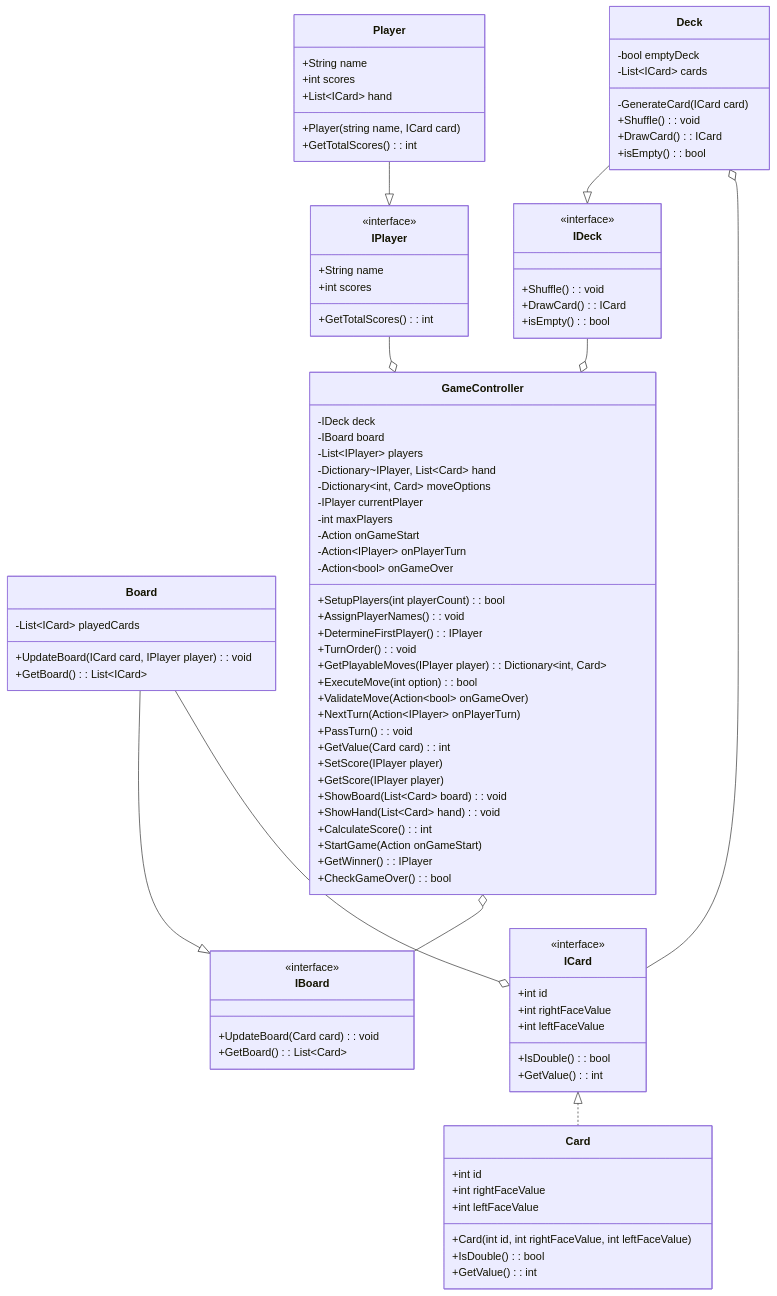
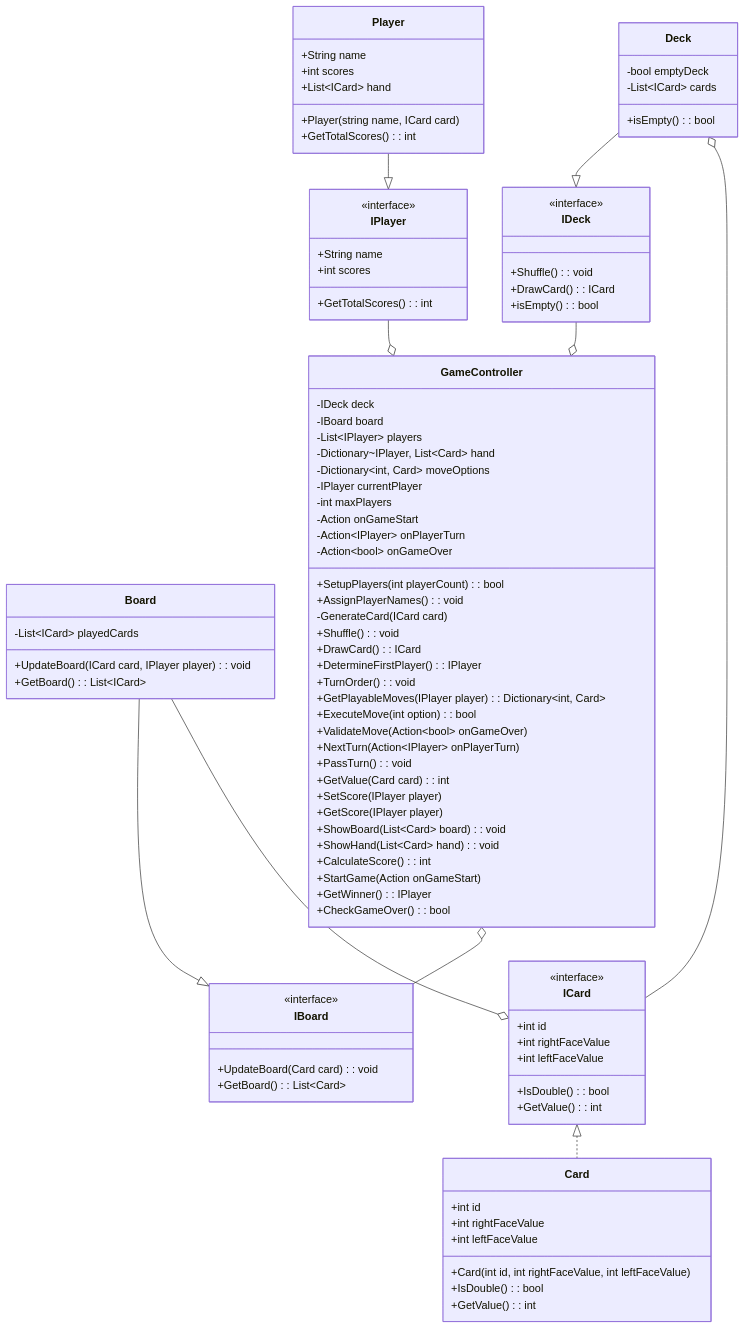
Before and after one commit to RavenFajar/bootCamp13: the diagram in Day6/DiagramClassProject/Domino.mmd, drawn with Mermaid. The commit also changed other lines of this file, not shown here.

```diff
--- a/Day6/DiagramClassProject/Domino.mmd
+++ b/Day6/DiagramClassProject/Domino.mmd
@@ -1,94 +1,94 @@
 classDiagram
 class IPlayer{
     <<interface>>
     +String name
     +int scores
     +GetTotalScores() : int
 }
 class Player{
     +String name
     +int scores
     +List~ICard~ hand
     +Player(string name, ICard card)
     +GetTotalScores() : int
 }
 class ICard{
     <<interface>>
     +int id
     +int rightFaceValue
     +int leftFaceValue 
     +IsDouble() : bool
     +GetValue() : int
 }
 class IDeck{
     <<interface>>
     +Shuffle() : void
     +DrawCard() : ICard
     +isEmpty() : bool
 }
 class IBoard{
     <<interface>>
     +UpdateBoard(Card card) : void
     +GetBoard() : List~Card~
    
 }
 class Deck{
     -bool emptyDeck
-    -GenerateCard(ICard card)
     -List~ICard~ cards
-    +Shuffle() : void
-    +DrawCard() : ICard
     +isEmpty() : bool
 }
 class Board{
     -List~ICard~ playedCards
     +UpdateBoard(ICard card, IPlayer player) : void
     +GetBoard() : List~ICard~
 }
 class Card{
     +int id
     +int rightFaceValue
     +int leftFaceValue   
     +Card(int id, int rightFaceValue, int leftFaceValue) 
     +IsDouble() : bool
     +GetValue() : int
 }
 class GameController{
     -IDeck deck
     -IBoard board
     -List~IPlayer~ players
     -Dictionary~IPlayer, List~Card~ hand
     -Dictionary~int, Card~ moveOptions
     -IPlayer currentPlayer
     -int maxPlayers
     -Action onGameStart
     -Action~IPlayer~ onPlayerTurn
     -Action~bool~ onGameOver
     +SetupPlayers(int playerCount) : bool
     +AssignPlayerNames() : void
+    -GenerateCard(ICard card)
+    +Shuffle() : void
+    +DrawCard() : ICard
     +DetermineFirstPlayer() : IPlayer
     +TurnOrder() : void
     +GetPlayableMoves(IPlayer player) : Dictionary~int, Card~
     +ExecuteMove(int option) : bool
     +ValidateMove(Action~bool~ onGameOver)
     +NextTurn(Action~IPlayer~ onPlayerTurn)
     +PassTurn() : void
     +GetValue(Card card) : int
     +SetScore(IPlayer player)
     +GetScore(IPlayer player)
     +ShowBoard(List~Card~ board) : void
     +ShowHand(List~Card~ hand) : void
     +CalculateScore() : int
     +StartGame(Action onGameStart)
     +GetWinner() : IPlayer
     +CheckGameOver() : bool
 }
 IPlayer --o GameController 
 IDeck --o GameController
 GameController o-- IBoard
 Deck --|> IDeck 
 Board --|> IBoard 
 Player --|> IPlayer 
 Deck o-- ICard
 Board --o ICard
 ICard <|.. Card 
```
